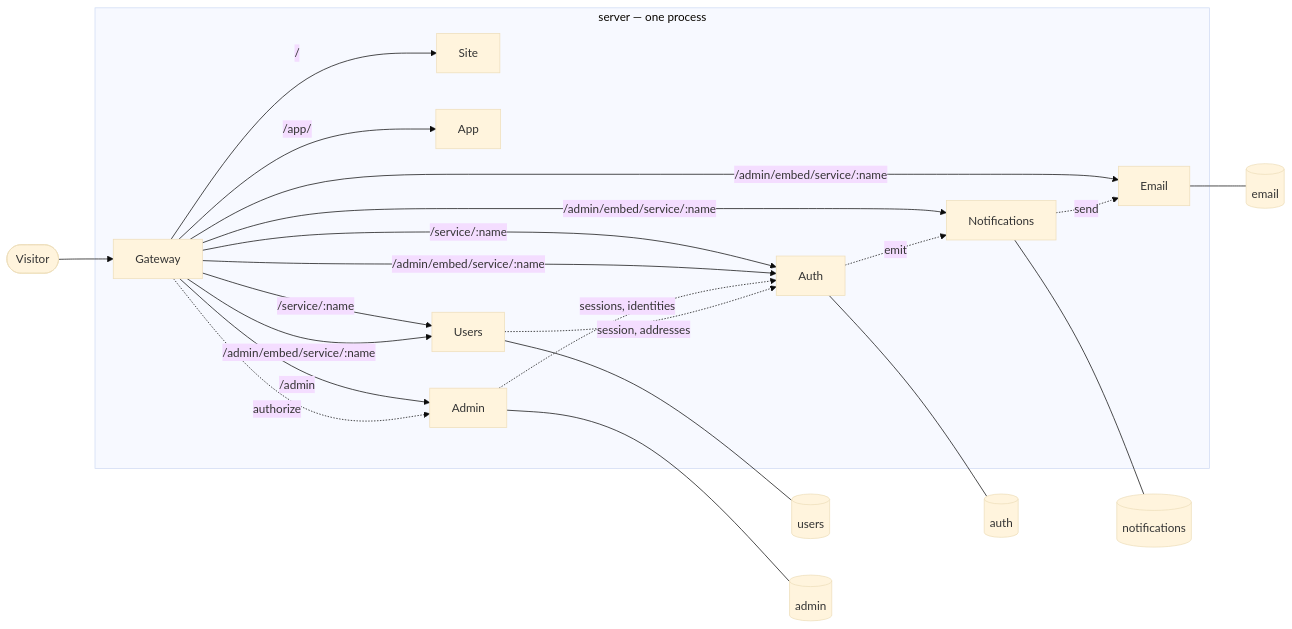
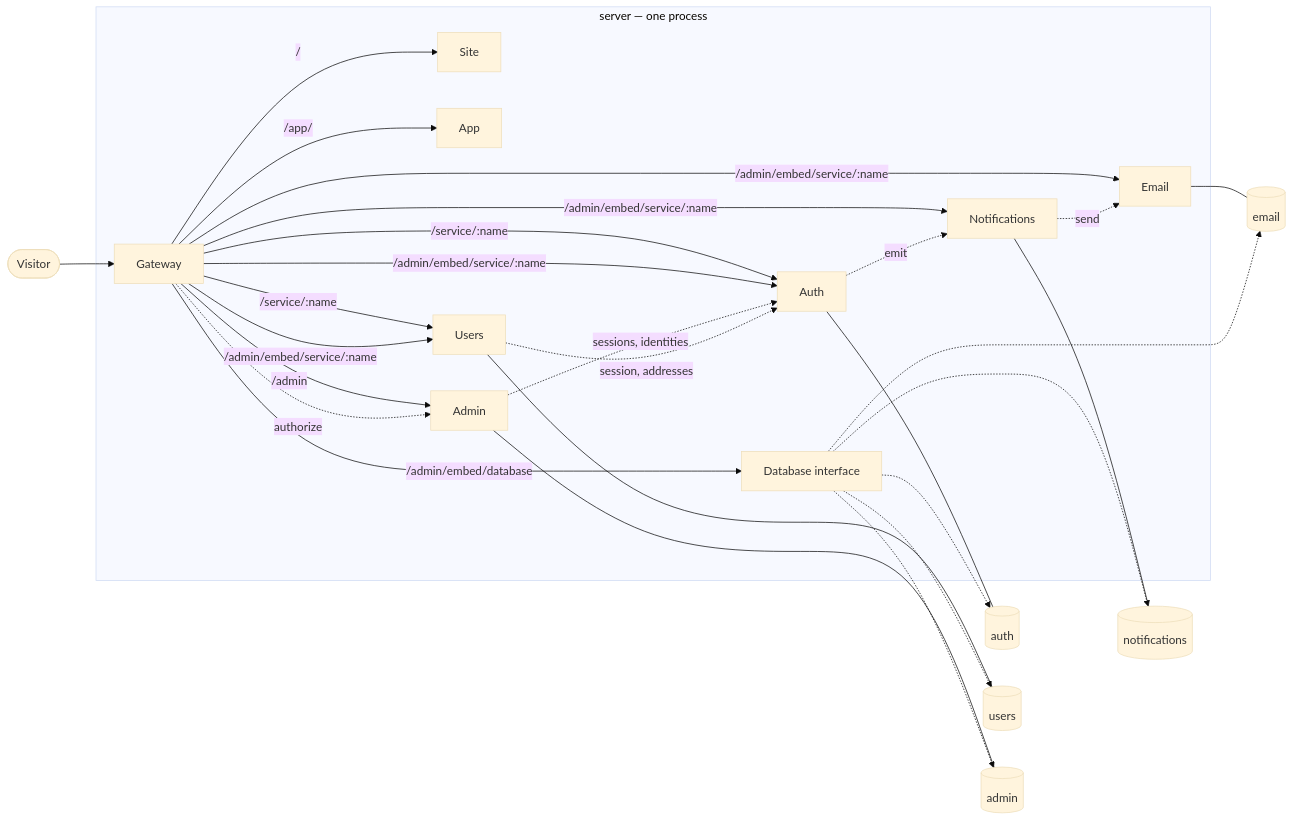
The diagram in docs/architecture.md (lisabazdyreva/grimcode-ru), drawn with Mermaid (base theme) before and after one commit. The commit also changed other lines of this file and 11 other files, not shown here.

````diff
--- a/docs/architecture.md
+++ b/docs/architecture.md
@@ -15,30 +15,37 @@
 ```mermaid
 flowchart LR
   visitor([Visitor]) --> gateway
 
   subgraph server["server — one process"]
     gateway[Gateway]
 
     gateway -->|/| site[Site]
     gateway -->|/app/| app[App]
     gateway -->|/service/:name| auth[Auth]
     gateway -->|/service/:name| users[Users]
     gateway -->|/admin| admin[Admin]
     gateway -->|/admin/embed/service/:name| auth
     gateway -->|/admin/embed/service/:name| users
     gateway -->|/admin/embed/service/:name| notifications[Notifications]
     gateway -->|/admin/embed/service/:name| email[Email]
+    gateway -->|/admin/embed/database| database[Database interface]
 
     gateway -.->|authorize| admin
     admin -.->|sessions, identities| auth
     users -.->|session, addresses| auth
     auth -.->|emit| notifications
     notifications -.->|send| email
   end
 
   auth --- authDb[(auth)]
   users --- usersDb[(users)]
   admin --- adminDb[(admin)]
   notifications --- notificationsDb[(notifications)]
   email --- emailDb[(email)]
+
+  database -.-> authDb
+  database -.-> usersDb
+  database -.-> adminDb
+  database -.-> notificationsDb
+  database -.-> emailDb
 ```
````
